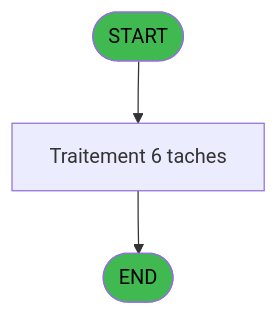
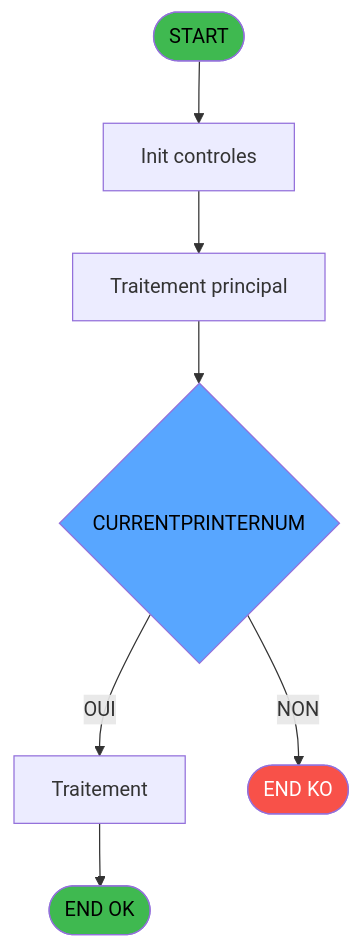
One commit to thonyAGP/lecteur-magic changed the first of 3 diagrams in .openspec/specs/ADH-IDE-172.md. Above: the diagram before and after it, drawn with Mermaid. The commit also changed other lines of this file and 493 other files, not shown here.

````diff
--- a/.openspec/specs/ADH-IDE-172.md
+++ b/.openspec/specs/ADH-IDE-172.md
@@ -169,9 +104,20 @@
 ```mermaid
 flowchart TD
     START([START])
-    PROCESS[Traitement 6 taches]
-    ENDOK([END])
-    START --> PROCESS --> ENDOK
+    INIT[Init controles]
+    SAISIE[Traitement principal]
+    START --> INIT --> SAISIE
+    DECISION{CURRENTPRINTERNUM}
+    SAISIE --> DECISION
+    DECISION -->|OUI| PROCESS
+    DECISION -->|NON| ENDKO
+    PROCESS[Traitement]
+    ENDKO([END KO])
+    PROCESS --> ENDOK
+    ENDOK([END OK])
+
     style START fill:#3fb950,color:#000
     style ENDOK fill:#3fb950,color:#000
+    style ENDKO fill:#f85149,color:#fff
+    style DECISION fill:#58a6ff,color:#000
 ```
````
